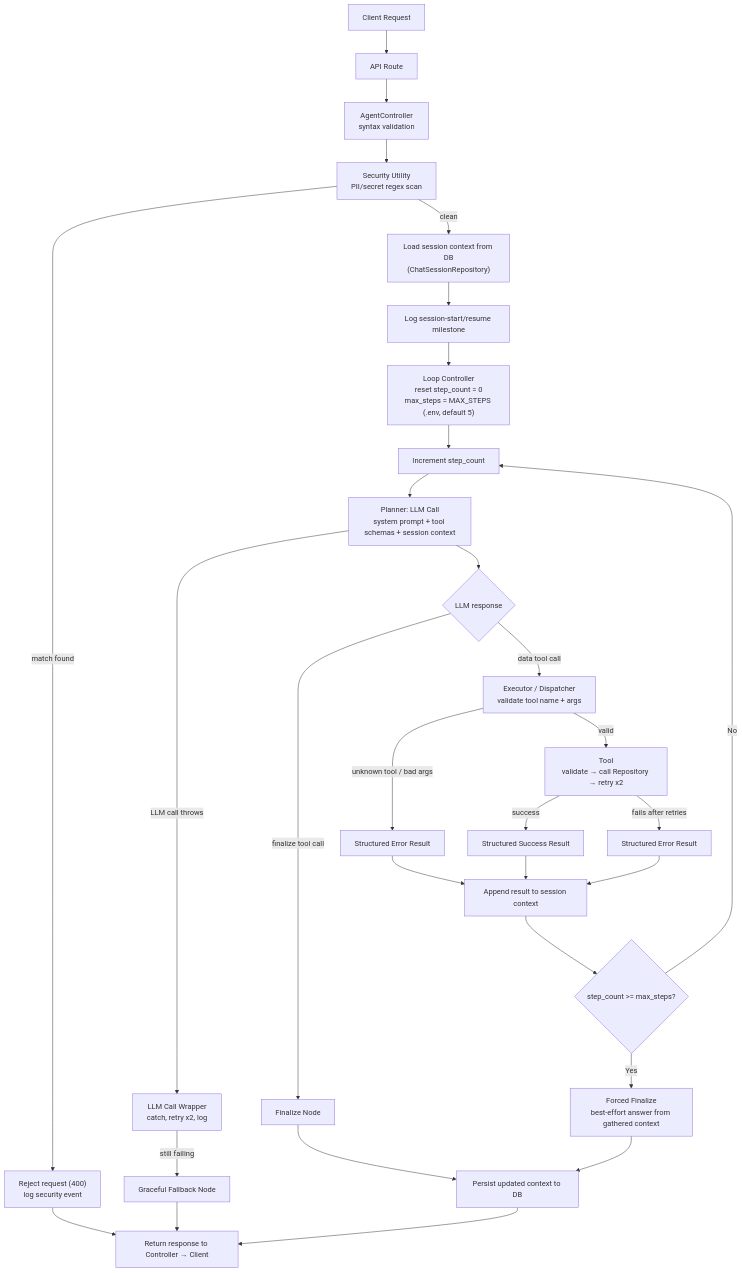
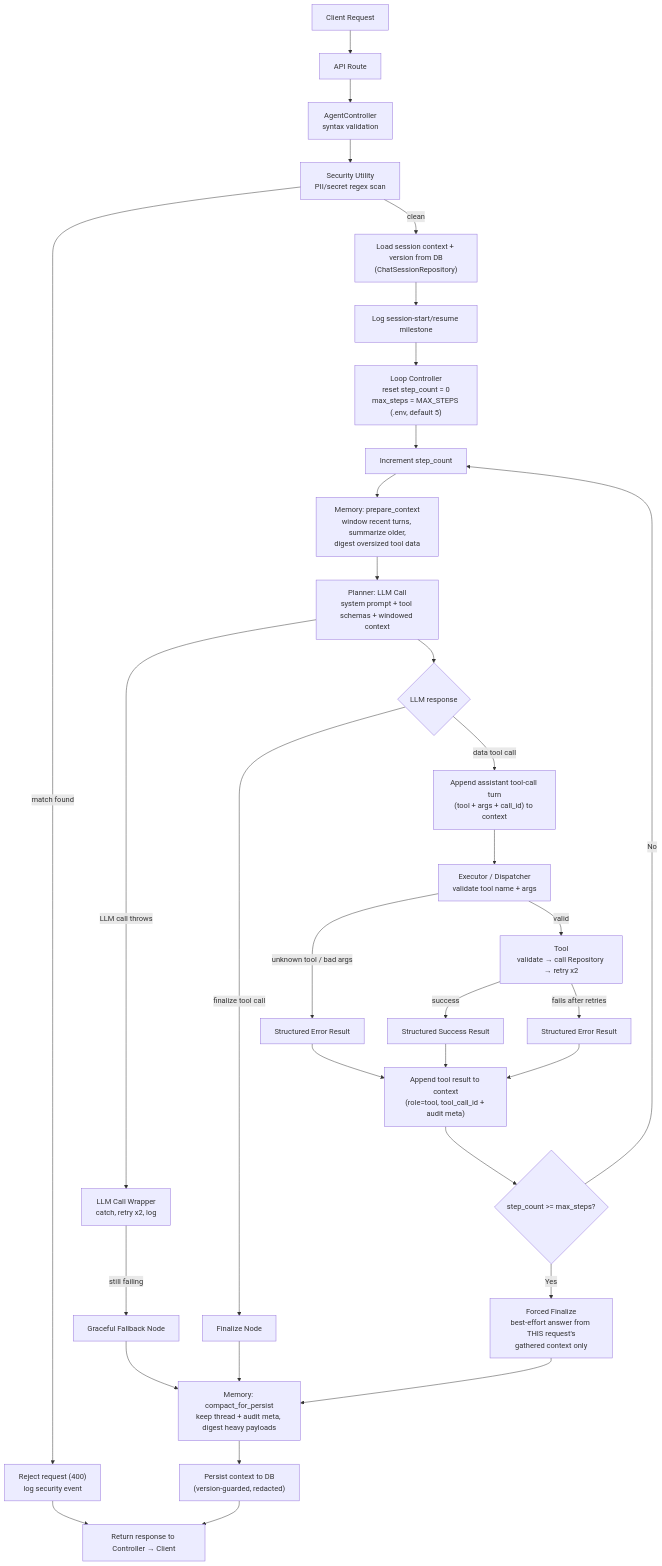
Before and after one commit to MohamedThabt/Junior-AI-Engineer-Task: the diagram in docs/agent-architecture.md, drawn with Mermaid. The commit also changed other lines of this file and 15 other files, not shown here.

First line of the commit message:
refactor: consolidate memory management and enhance context handling in agent loop

````diff
--- a/docs/agent-architecture.md
+++ b/docs/agent-architecture.md
@@ -93,32 +101,35 @@
 ```mermaid
 flowchart TD
     C[Client Request] --> ROUTE[API Route]
     ROUTE --> AC[AgentController<br/>syntax validation]
     AC --> SEC["Security Utility<br/>PII/secret regex scan"]
     SEC -->|match found| REJECT["Reject request (400)<br/>log security event"]
-    SEC -->|clean| LOAD["Load session context from DB<br/>(ChatSessionRepository)"]
+    SEC -->|clean| LOAD["Load session context + version from DB<br/>(ChatSessionRepository)"]
     LOAD --> MILE["Log session-start/resume milestone"]
     MILE --> INIT["Loop Controller<br/>reset step_count = 0<br/>max_steps = MAX_STEPS (.env, default 5)"]
     INIT --> STEP[Increment step_count]
-    STEP --> PLAN["Planner: LLM Call<br/>system prompt + tool schemas + session context"]
+    STEP --> WIN["Memory: prepare_context<br/>window recent turns, summarize older,<br/>digest oversized tool data"]
+    WIN --> PLAN["Planner: LLM Call<br/>system prompt + tool schemas + windowed context"]
     PLAN -->|LLM call throws| LLMERR["LLM Call Wrapper<br/>catch, retry x2, log"]
     LLMERR -->|still failing| FALLBACK[Graceful Fallback Node]
     PLAN --> DECIDE{LLM response}
     DECIDE -->|finalize tool call| FIN[Finalize Node]
-    DECIDE -->|data tool call| DISPATCH["Executor / Dispatcher<br/>validate tool name + args"]
+    DECIDE -->|data tool call| RECCALL["Append assistant tool-call turn<br/>(tool + args + call_id) to context"]
+    RECCALL --> DISPATCH["Executor / Dispatcher<br/>validate tool name + args"]
     DISPATCH -->|unknown tool / bad args| TOOLERR1[Structured Error Result]
     DISPATCH -->|valid| EXEC["Tool<br/>validate → call Repository → retry x2"]
     EXEC -->|success| RESULT[Structured Success Result]
     EXEC -->|fails after retries| TOOLERR2[Structured Error Result]
-    RESULT --> APPEND[Append result to session context]
+    RESULT --> APPEND["Append tool result to context<br/>(role=tool, tool_call_id + audit meta)"]
     TOOLERR1 --> APPEND
     TOOLERR2 --> APPEND
     APPEND --> CHECK{step_count >= max_steps?}
     CHECK -->|No| STEP
-    CHECK -->|Yes| FORCED["Forced Finalize<br/>best-effort answer from gathered context"]
-    FIN --> SAVE[Persist updated context to DB]
-    FORCED --> SAVE
+    CHECK -->|Yes| FORCED["Forced Finalize<br/>best-effort answer from THIS request's<br/>gathered context only"]
+    FIN --> COMPACT["Memory: compact_for_persist<br/>keep thread + audit meta, digest heavy payloads"]
+    FORCED --> COMPACT
+    COMPACT --> SAVE["Persist context to DB<br/>(version-guarded, redacted)"]
     SAVE --> RESPOND[Return response to Controller → Client]
-    FALLBACK --> RESPOND
+    FALLBACK --> COMPACT
     REJECT --> RESPOND
 ```
````
